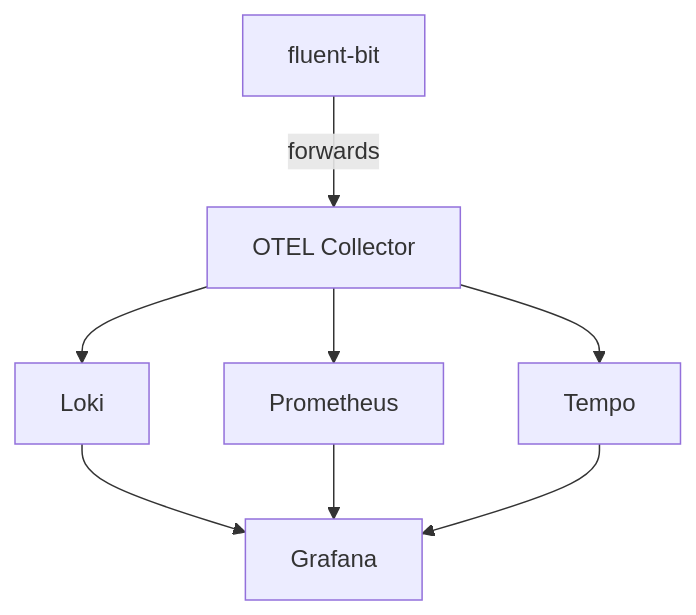
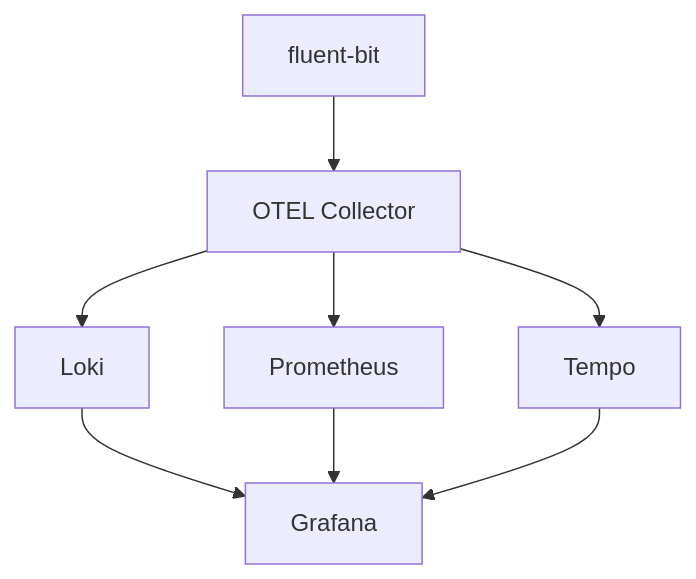
Before and after one commit to djmetzle/fluentbit-otel-loki-demo: the diagram in README.md, drawn with Mermaid.

````diff
--- a/README.md
+++ b/README.md
@@ -3,10 +3,10 @@
 ```mermaid
 flowchart TB
-    fluentbit[fluent-bit] -->|forwards| otel[OTEL Collector]
+    fluentbit[fluent-bit] --> otel[OTEL Collector]
     otel --> Loki
     otel --> Prometheus
     otel --> Tempo
     Loki --> Grafana
     Prometheus --> Grafana
     Tempo --> Grafana
 ```
````
